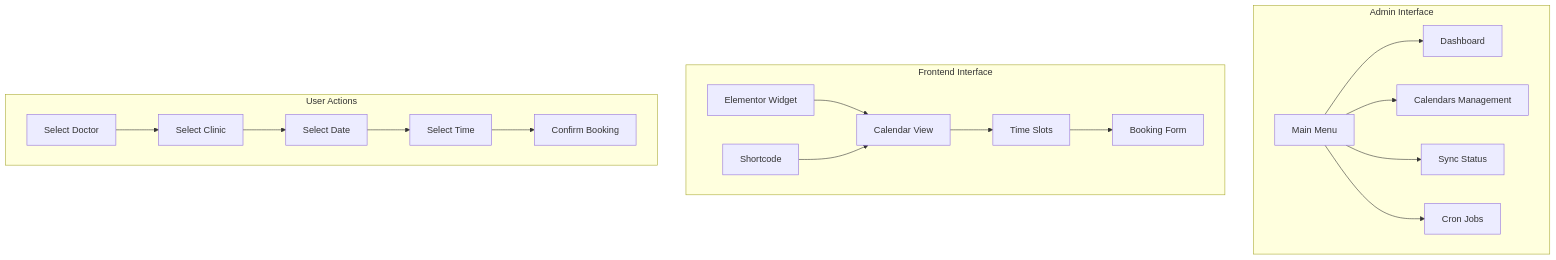
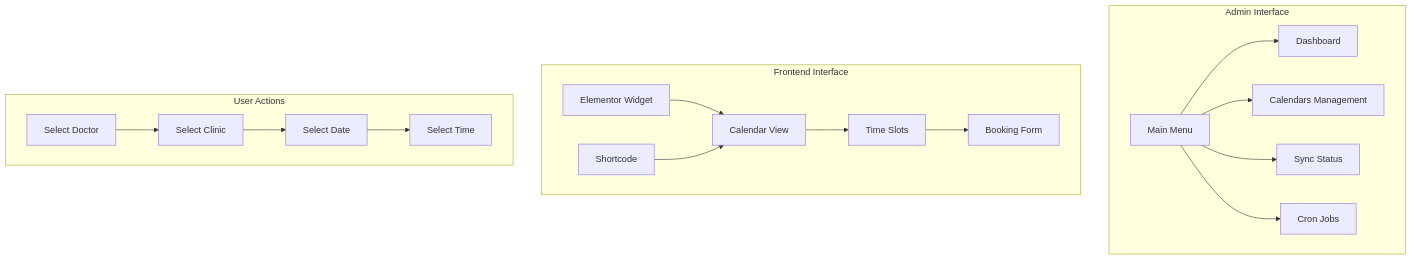
Before and after one commit to OrielBenMoshe/clinic-queue-management: the fifth of 6 diagrams in docs/ARCHITECTURE_DIAGRAM.md, drawn with Mermaid. The commit also changed other lines of this file and 42 other files, not shown here.

````diff
--- a/docs/ARCHITECTURE_DIAGRAM.md
+++ b/docs/ARCHITECTURE_DIAGRAM.md
@@ -178,41 +171,39 @@
 ```mermaid
 graph TB
     subgraph "Admin Interface"
         MENU[Main Menu]
         DASHBOARD[Dashboard]
         CALENDARS[Calendars Management]
         SYNC[Sync Status]
         CRON[Cron Jobs]
     end
     
     subgraph "Frontend Interface"
         WIDGET[Elementor Widget]
         SHORTCODE[Shortcode]
         CALENDAR_UI[Calendar View]
         TIME_SLOTS[Time Slots]
         BOOKING[Booking Form]
     end
     
     subgraph "User Actions"
         SELECT_DOCTOR[Select Doctor]
         SELECT_CLINIC[Select Clinic]
         SELECT_DATE[Select Date]
         SELECT_TIME[Select Time]
-        CONFIRM[Confirm Booking]
     end
     
     MENU --> DASHBOARD
     MENU --> CALENDARS
     MENU --> SYNC
     MENU --> CRON
     
     WIDGET --> CALENDAR_UI
     SHORTCODE --> CALENDAR_UI
     CALENDAR_UI --> TIME_SLOTS
     TIME_SLOTS --> BOOKING
     
     SELECT_DOCTOR --> SELECT_CLINIC
     SELECT_CLINIC --> SELECT_DATE
     SELECT_DATE --> SELECT_TIME
-    SELECT_TIME --> CONFIRM
 ```
````
